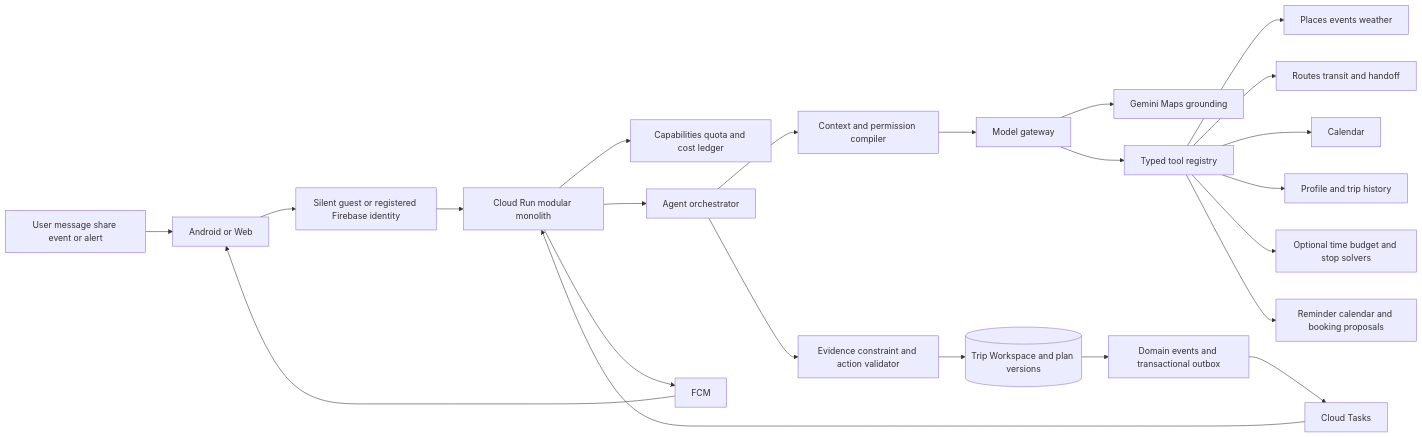
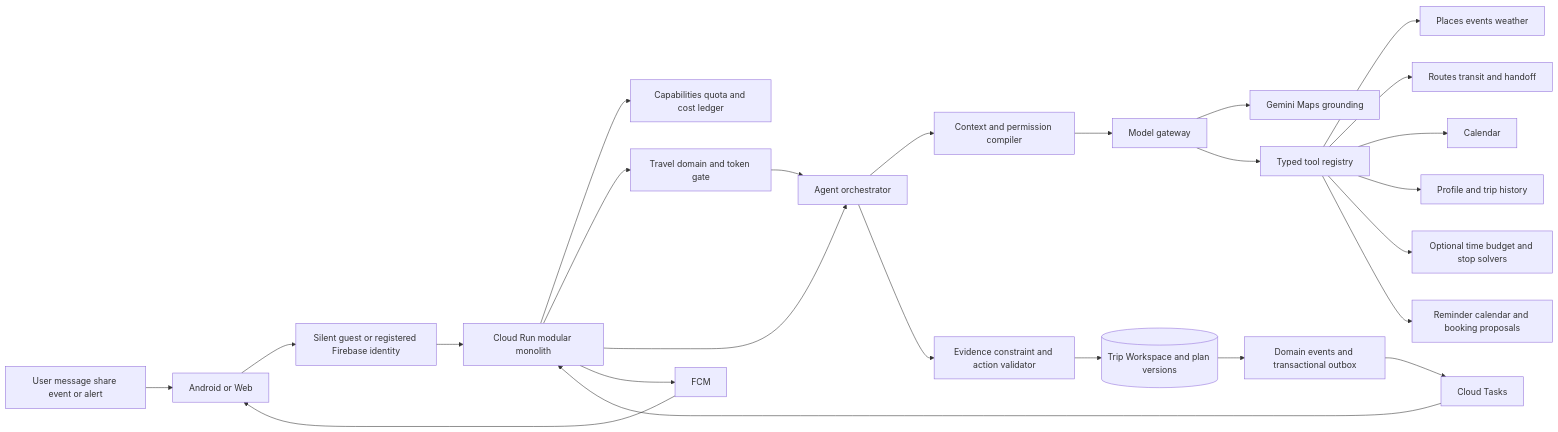
Before and after one commit to UM-NLP/whenshouldgo: the diagram in docs/trip-assistant-architecture.md, drawn with Mermaid. The commit also changed other lines of this file and 10 other files, not shown here.

````diff
--- a/docs/trip-assistant-architecture.md
+++ b/docs/trip-assistant-architecture.md
@@ -5,25 +5,27 @@
 ```mermaid
 flowchart LR
   User[User message share event or alert] --> Client[Android or Web]
   Client --> Auth[Silent guest or registered Firebase identity]
   Auth --> API[Cloud Run modular monolith]
   API --> Entitlement[Capabilities quota and cost ledger]
+  API --> Gate[Travel domain and token gate]
   API --> Orchestrator[Agent orchestrator]
+  Gate --> Orchestrator
   Orchestrator --> Context[Context and permission compiler]
   Context --> Model[Model gateway]
   Model --> MapsGrounding[Gemini Maps grounding]
   Model --> Tools[Typed tool registry]
   Tools --> Discovery[Places events weather]
   Tools --> Travel[Routes transit and handoff]
   Tools --> Calendar[Calendar]
   Tools --> Memory[Profile and trip history]
   Tools --> Solvers[Optional time budget and stop solvers]
   Tools --> Actions[Reminder calendar and booking proposals]
   Orchestrator --> Validator[Evidence constraint and action validator]
   Validator --> Workspace[(Trip Workspace and plan versions)]
   Workspace --> Events[Domain events and transactional outbox]
   Events --> Tasks[Cloud Tasks]
   Tasks --> API
   API --> FCM[FCM]
   FCM --> Client
 ```
````
